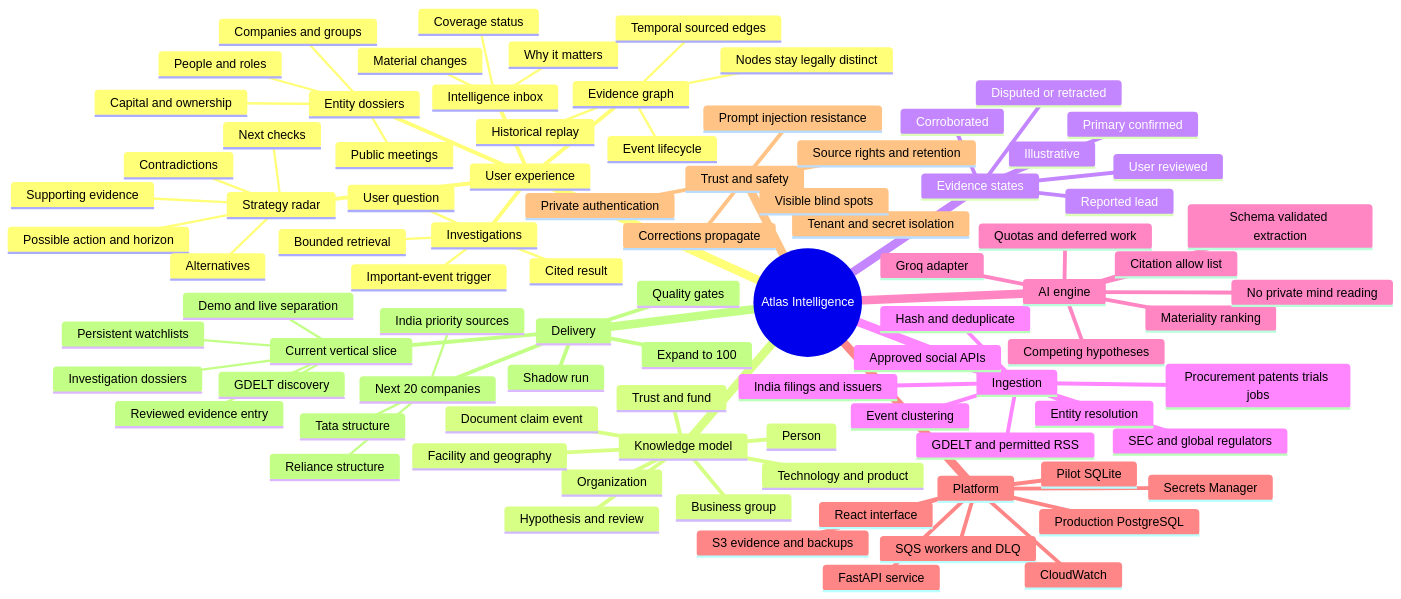
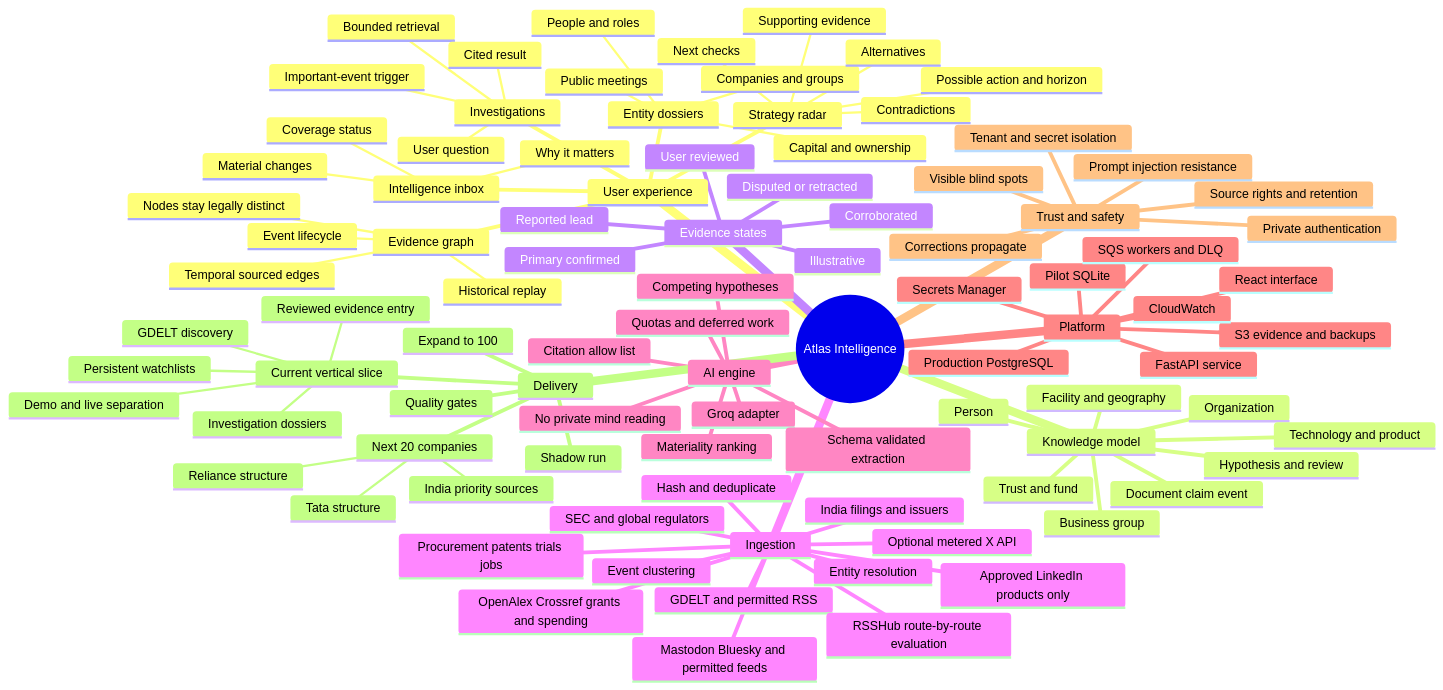
The first of 3 diagrams in docs/IMPLEMENTATION_MIND_MAP.md (techieguy-kartik/mind-map), drawn with Mermaid before and after one commit. The commit also changed 4 other files, not shown here.

```diff
--- a/docs/IMPLEMENTATION_MIND_MAP.md
+++ b/docs/IMPLEMENTATION_MIND_MAP.md
@@ -52,7 +52,11 @@
       SEC and global regulators
       GDELT and permitted RSS
       Procurement patents trials jobs
-      Approved social APIs
+      OpenAlex Crossref grants and spending
+      Mastodon Bluesky and permitted feeds
+      Optional metered X API
+      Approved LinkedIn products only
+      RSSHub route-by-route evaluation
       Hash and deduplicate
       Entity resolution
       Event clustering
```
